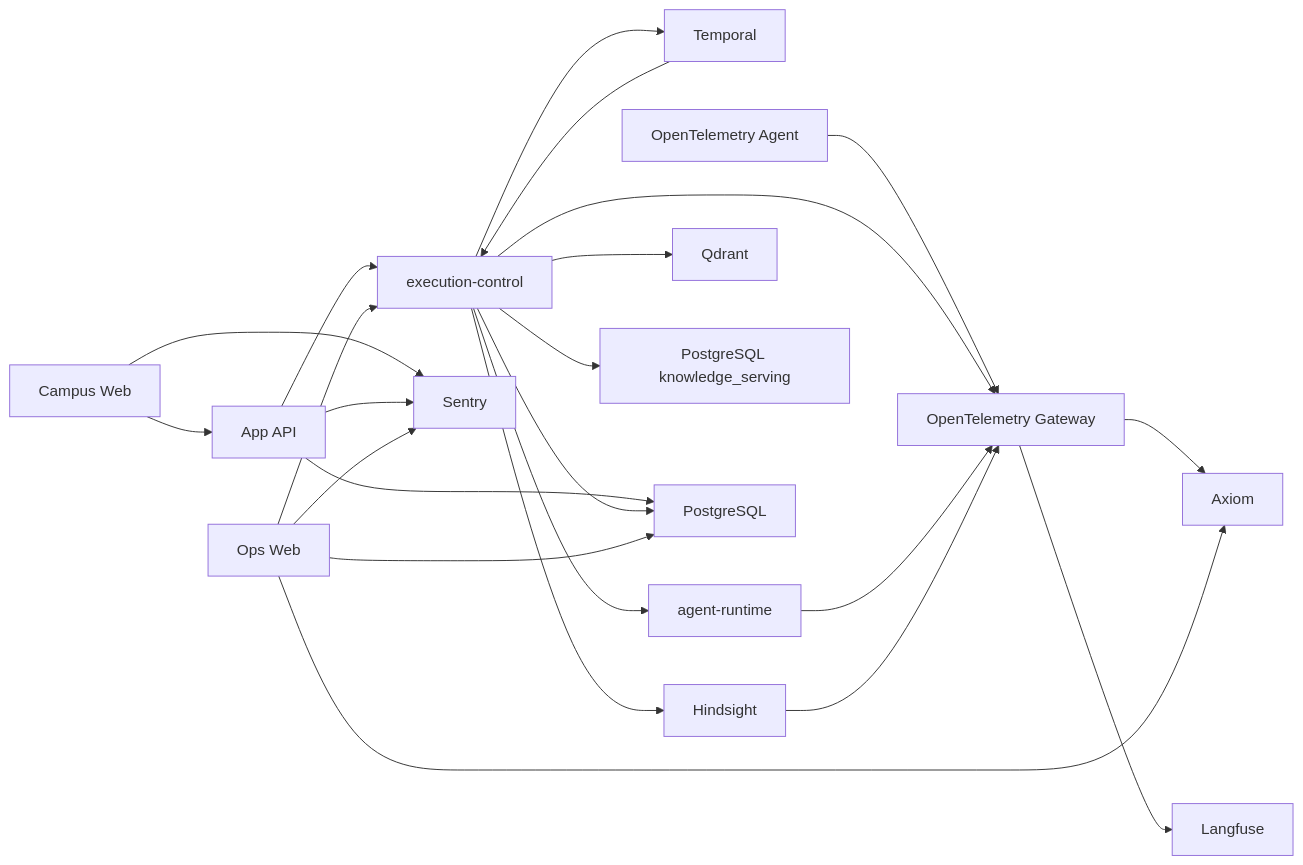
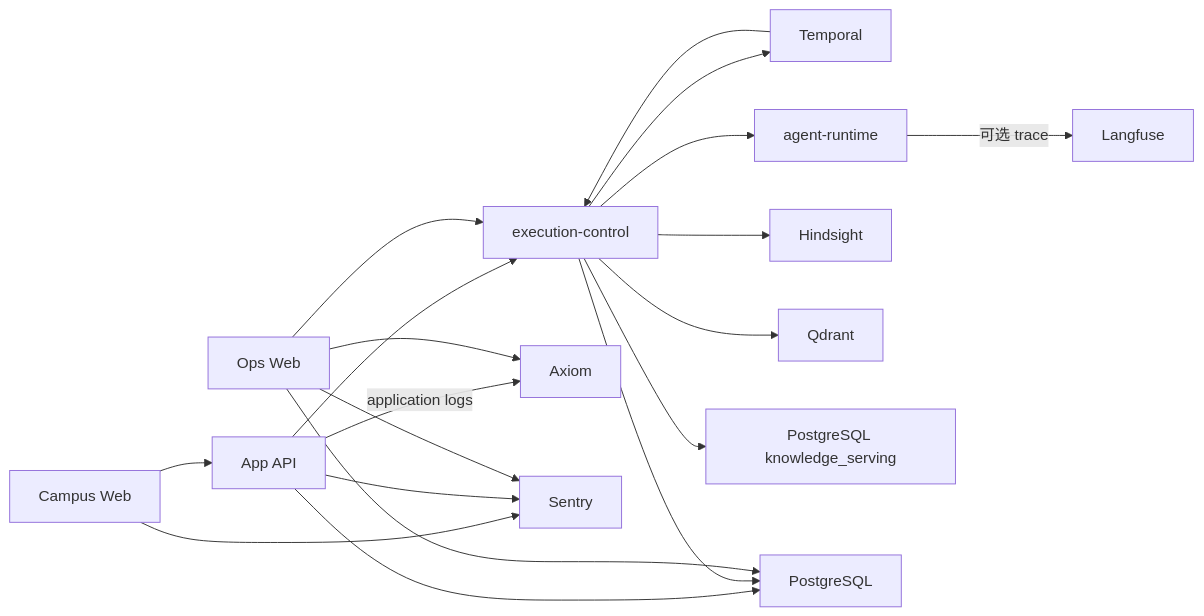
One commit to Luxfeier22331/campus-agent-main changed the diagram in docs/architecture/current.md. Above: the diagram before and after it, drawn with Mermaid. The commit also changed other lines of this file and 293 other files, not shown here.

````diff
--- a/docs/architecture/current.md
+++ b/docs/architecture/current.md
@@ -16,38 +16,32 @@
 ```mermaid
 flowchart LR
   Web["Campus Web"]
   Ops["Ops Web"]
   API["App API"]
   Control["execution-control"]
   Temporal["Temporal"]
   Agent["agent-runtime"]
   Memory["Hindsight"]
   Search["Qdrant"]
   Knowledge["PostgreSQL knowledge_serving"]
   DB["PostgreSQL"]
-  OTelAgent["OpenTelemetry Agent"]
-  OTelGateway["OpenTelemetry Gateway"]
   Axiom["Axiom"]
   Sentry["Sentry"]
   Langfuse["Langfuse"]
 
   Web --> API --> Control --> Temporal
   Temporal --> Control --> Agent
   Control --> Memory
   Control --> Search
   Control --> Knowledge
   API --> DB
   Control --> DB
   Ops --> DB
   Ops --> Control
-  OTelAgent --> OTelGateway
-  Control --> OTelGateway
-  Agent --> OTelGateway
-  Memory --> OTelGateway
-  OTelGateway --> Axiom
-  OTelGateway --> Langfuse
+  API -->|application logs| Axiom
+  Agent -->|可选 trace| Langfuse
   Web --> Sentry
   API --> Sentry
   Ops --> Axiom
   Ops --> Sentry
 ```
````
